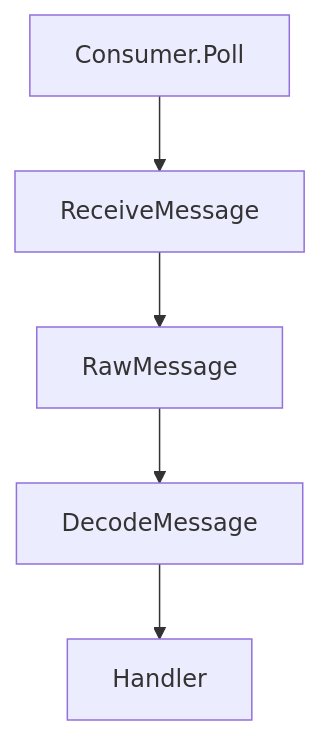
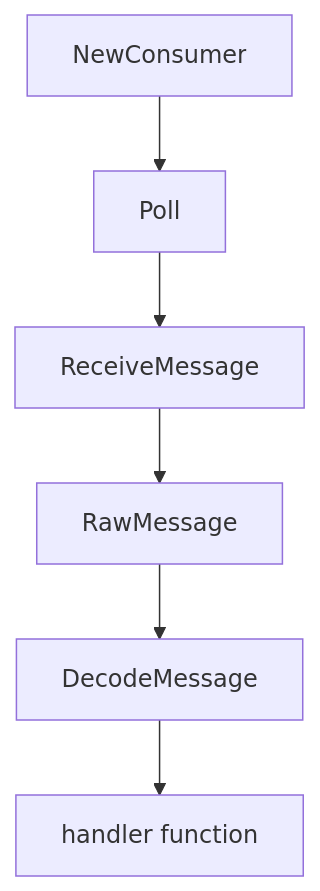
The second of 2 diagrams in internal/queue/README.md (siutsin/telegram-jung2-bot), drawn with Mermaid before and after one commit. The commit also changed other lines of this file and 38 other files, not shown here.

````diff
--- a/internal/queue/README.md
+++ b/internal/queue/README.md
@@ -38,7 +41,8 @@
 ```mermaid
 flowchart TD
-    consumer[Consumer.Poll] --> receive[ReceiveMessage]
+    consumer[NewConsumer] --> poll[Poll]
+    poll --> receive[ReceiveMessage]
     receive --> raw[RawMessage]
     raw --> decode[DecodeMessage]
-    decode --> handler[Handler]
+    decode --> handler[handler function]
 ```
````
